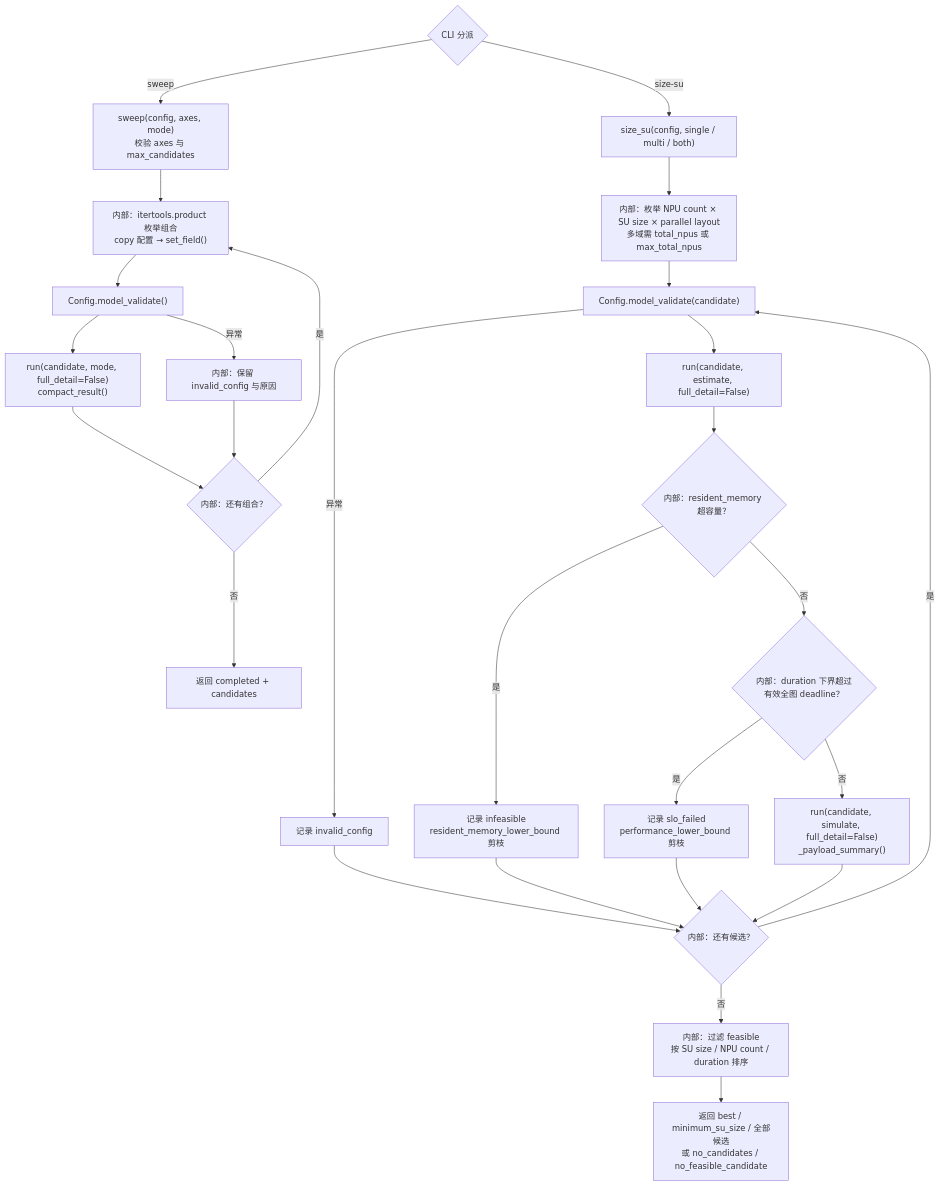
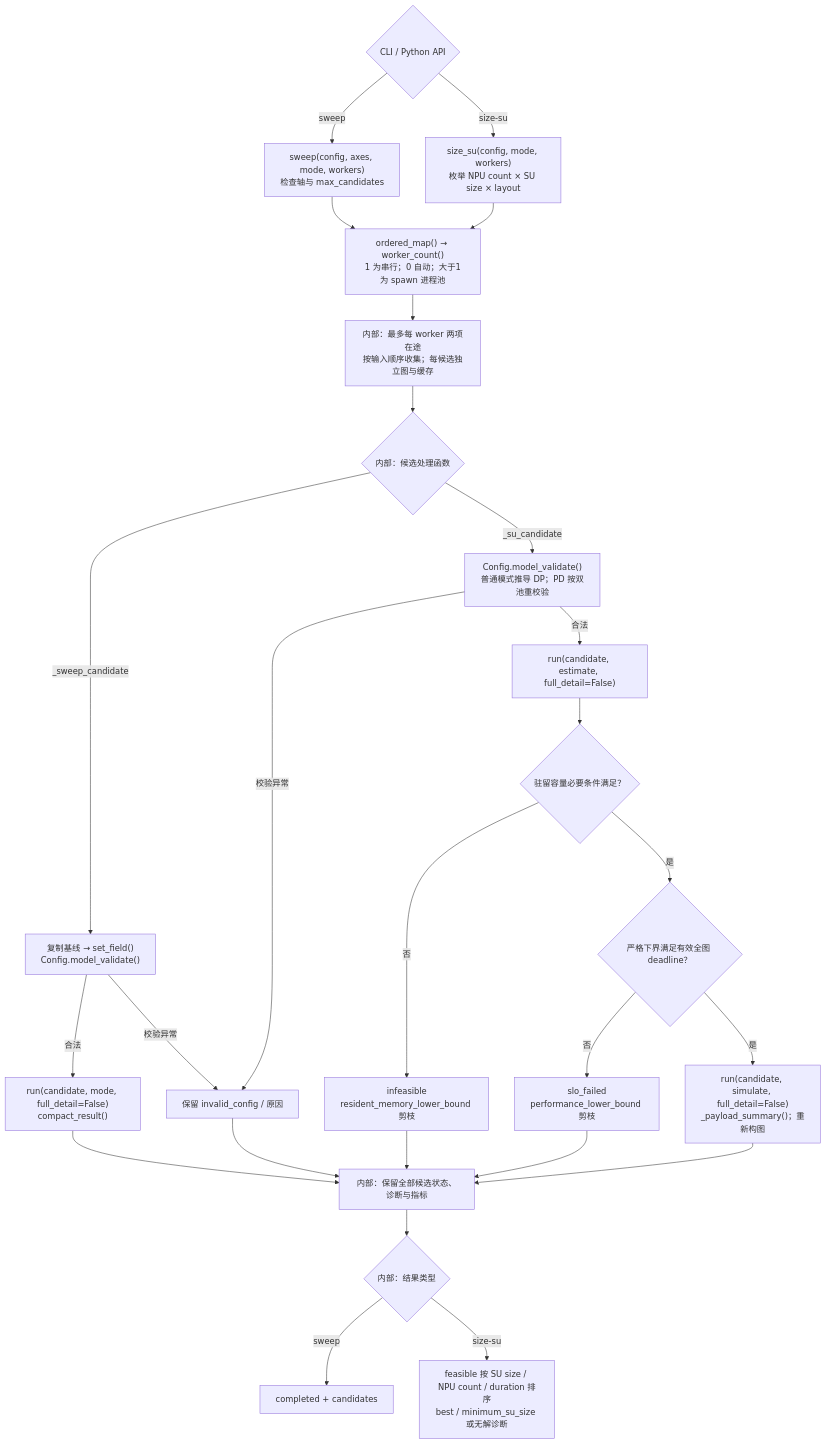
One commit to GuangyuZhu04/supernode_simulation changed the diagram in docs/diagrams/10-sweep-and-su-search.mmd. Above: the diagram before and after it, drawn with Mermaid. The commit also changed 71 other files, not shown here.

```diff
--- a/docs/diagrams/10-sweep-and-su-search.mmd
+++ b/docs/diagrams/10-sweep-and-su-search.mmd
@@ -1,27 +1,26 @@
 flowchart TD
-    CMD{"CLI 分派"} -->|sweep| SW["sweep(config, axes, mode)<br/>校验 axes 与 max_candidates"]
-    SW --> PRODUCT["内部：itertools.product 枚举组合<br/>copy 配置 → set_field()"]
-    PRODUCT --> SWVALID["Config.model_validate()"]
-    SWVALID --> SWRUN["run(candidate, mode, full_detail=False)<br/>compact_result()"]
-    SWVALID -->|异常| SWBAD["内部：保留 invalid_config 与原因"]
-    SWRUN --> SWNEXT{"内部：还有组合？"}
-    SWBAD --> SWNEXT
-    SWNEXT -->|是| PRODUCT
-    SWNEXT -->|否| SWOUT["返回 completed + candidates"]
-    CMD -->|size-su| SU["size_su(config, single / multi / both)"]
-    SU --> ENUM["内部：枚举 NPU count × SU size × parallel layout<br/>多域需 total_npus 或 max_total_npus"]
-    ENUM --> VALID["Config.model_validate(candidate)"]
-    VALID -->|异常| BAD["记录 invalid_config"]
-    VALID --> EST["run(candidate, estimate, full_detail=False)"]
-    EST --> MEM{"内部：resident_memory 超容量？"}
-    MEM -->|是| MP["记录 infeasible<br/>resident_memory_lower_bound 剪枝"]
-    MEM -->|否| PERF{"内部：duration 下界超过有效全图 deadline？"}
-    PERF -->|是| PP["记录 slo_failed<br/>performance_lower_bound 剪枝"]
-    PERF -->|否| SIM["run(candidate, simulate, full_detail=False)<br/>_payload_summary()"]
-    BAD --> NEXT{"内部：还有候选？"}
-    MP --> NEXT
-    PP --> NEXT
-    SIM --> NEXT
-    NEXT -->|是| VALID
-    NEXT -->|否| BEST["内部：过滤 feasible<br/>按 SU size / NPU count / duration 排序"]
-    BEST --> OUT["返回 best / minimum_su_size / 全部候选<br/>或 no_candidates / no_feasible_candidate"]
+    CMD{"CLI / Python API"} -->|sweep| SW["sweep(config, axes, mode, workers)<br/>检查轴与 max_candidates"]
+    CMD -->|size-su| SU["size_su(config, mode, workers)<br/>枚举 NPU count × SU size × layout"]
+    SW --> MAP["ordered_map() → worker_count()<br/>1 为串行；0 自动；大于1为 spawn 进程池"]
+    SU --> MAP
+    MAP --> LIMIT["内部：最多每 worker 两项在途<br/>按输入顺序收集；每候选独立图与缓存"]
+    LIMIT --> TYPE{"内部：候选处理函数"}
+    TYPE -->|_sweep_candidate| SWVALID["复制基线 → set_field()<br/>Config.model_validate()"]
+    SWVALID -->|合法| SWRUN["run(candidate, mode, full_detail=False)<br/>compact_result()"]
+    SWVALID -->|校验异常| BAD["保留 invalid_config / 原因"]
+    TYPE -->|_su_candidate| VALID["Config.model_validate()<br/>普通模式推导 DP；PD 按双池重校验"]
+    VALID -->|校验异常| BAD
+    VALID -->|合法| EST["run(candidate, estimate, full_detail=False)"]
+    EST --> MEM{"驻留容量必要条件满足？"}
+    MEM -->|否| MP["infeasible<br/>resident_memory_lower_bound 剪枝"]
+    MEM -->|是| PERF{"严格下界满足有效全图 deadline？"}
+    PERF -->|否| PP["slo_failed<br/>performance_lower_bound 剪枝"]
+    PERF -->|是| SIM["run(candidate, simulate, full_detail=False)<br/>_payload_summary()；重新构图"]
+    BAD --> ROWS["内部：保留全部候选状态、诊断与指标"]
+    SWRUN --> ROWS
+    MP --> ROWS
+    PP --> ROWS
+    SIM --> ROWS
+    ROWS --> RESULT{"内部：结果类型"}
+    RESULT -->|sweep| SWOUT["completed + candidates"]
+    RESULT -->|size-su| BEST["feasible 按 SU size / NPU count / duration 排序<br/>best / minimum_su_size 或无解诊断"]
```
